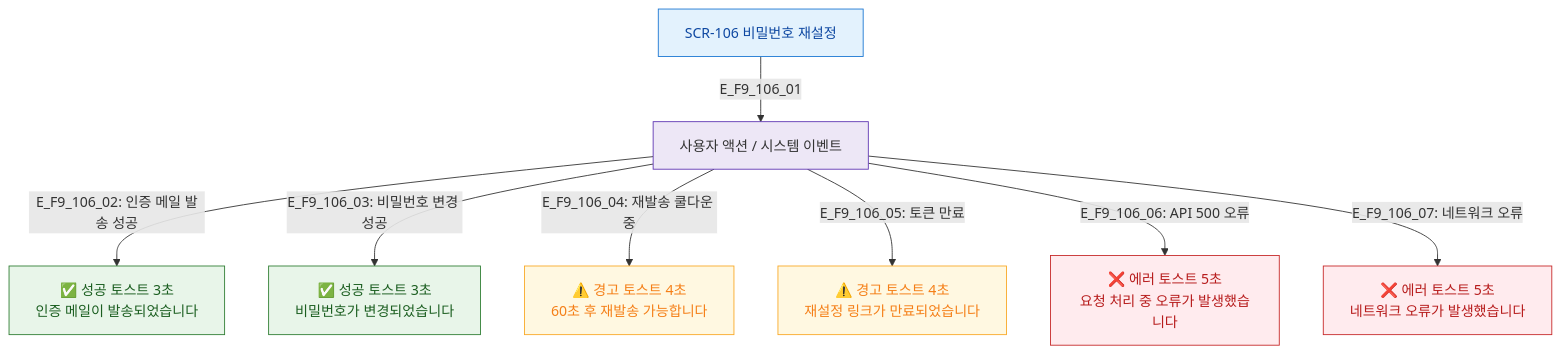
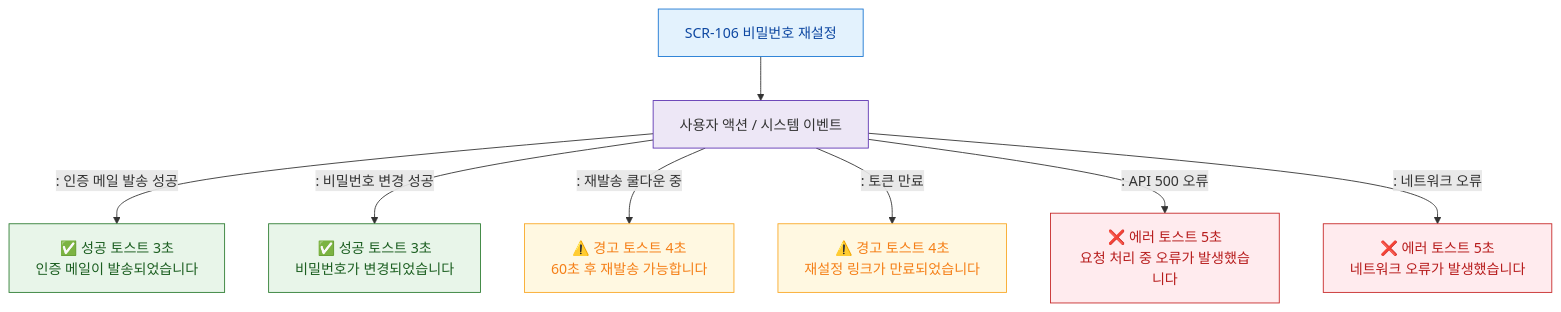
One commit to dev-spogym/admin-pando changed the diagram in docs/다이어그램/D01_공통/SCR-106_비밀번호재설정/F9_토스트.md. Above: the diagram before and after it, drawn with Mermaid. The commit also changed other lines of this file and 1660 other files, not shown here.

First line of the commit message:
다이어그램: 기획자/클라이언트 납품본으로 정리

````diff
--- a/docs/다이어그램/D01_공통/SCR-106_비밀번호재설정/F9_토스트.md
+++ b/docs/다이어그램/D01_공통/SCR-106_비밀번호재설정/F9_토스트.md
@@ -19,24 +17,24 @@
 ```mermaid
 flowchart TD
-    SCR_106[SCR-106 비밀번호 재설정] -->|E_F9_106_01| ACTIONS[사용자 액션 / 시스템 이벤트]
+    SCR_106[SCR-106 비밀번호 재설정] --> ACTIONS[사용자 액션 / 시스템 이벤트]
 
-    ACTIONS -->|"E_F9_106_02: 인증 메일 발송 성공"| T_SUCCESS_1[✅ 성공 토스트 3초\n인증 메일이 발송되었습니다]
-    ACTIONS -->|"E_F9_106_03: 비밀번호 변경 성공"| T_SUCCESS_2[✅ 성공 토스트 3초\n비밀번호가 변경되었습니다]
+    ACTIONS -->|": 인증 메일 발송 성공"|T_SUCCESS_1[✅ 성공 토스트 3초\n인증 메일이 발송되었습니다]
+    ACTIONS -->|": 비밀번호 변경 성공"|T_SUCCESS_2[✅ 성공 토스트 3초\n비밀번호가 변경되었습니다]
 
-    ACTIONS -->|"E_F9_106_04: 재발송 쿨다운 중"| T_WARN_1[⚠️ 경고 토스트 4초\n60초 후 재발송 가능합니다]
-    ACTIONS -->|"E_F9_106_05: 토큰 만료"| T_WARN_2[⚠️ 경고 토스트 4초\n재설정 링크가 만료되었습니다]
+    ACTIONS -->|": 재발송 쿨다운 중"|T_WARN_1[⚠️ 경고 토스트 4초\n60초 후 재발송 가능합니다]
+    ACTIONS -->|": 토큰 만료"|T_WARN_2[⚠️ 경고 토스트 4초\n재설정 링크가 만료되었습니다]
 
-    ACTIONS -->|"E_F9_106_06: API 500 오류"| T_ERR_1[❌ 에러 토스트 5초\n요청 처리 중 오류가 발생했습니다]
-    ACTIONS -->|"E_F9_106_07: 네트워크 오류"| T_ERR_2[❌ 에러 토스트 5초\n네트워크 오류가 발생했습니다]
+    ACTIONS -->|": API 500 오류"|T_ERR_1[❌ 에러 토스트 5초\n요청 처리 중 오류가 발생했습니다]
+    ACTIONS -->|": 네트워크 오류"|T_ERR_2[❌ 에러 토스트 5초\n네트워크 오류가 발생했습니다]
 
     classDef success fill:#E8F5E9,stroke:#2E7D32,color:#1B5E20
     classDef warning fill:#FFF8E1,stroke:#F9A825,color:#F57F17
-    classDef error   fill:#FFEBEE,stroke:#C62828,color:#B71C1C
-    classDef screen  fill:#E3F2FD,stroke:#1976D2,color:#0D47A1
-    classDef system  fill:#EDE7F6,stroke:#5E35B2
+    classDef error fill:#FFEBEE,stroke:#C62828,color:#B71C1C
+    classDef screen fill:#E3F2FD,stroke:#1976D2,color:#0D47A1
+    classDef system fill:#EDE7F6,stroke:#5E35B2
     class T_SUCCESS_1,T_SUCCESS_2 success
     class T_WARN_1,T_WARN_2 warning
     class T_ERR_1,T_ERR_2 error
     class SCR_106 screen
     class ACTIONS system
 ```
````
